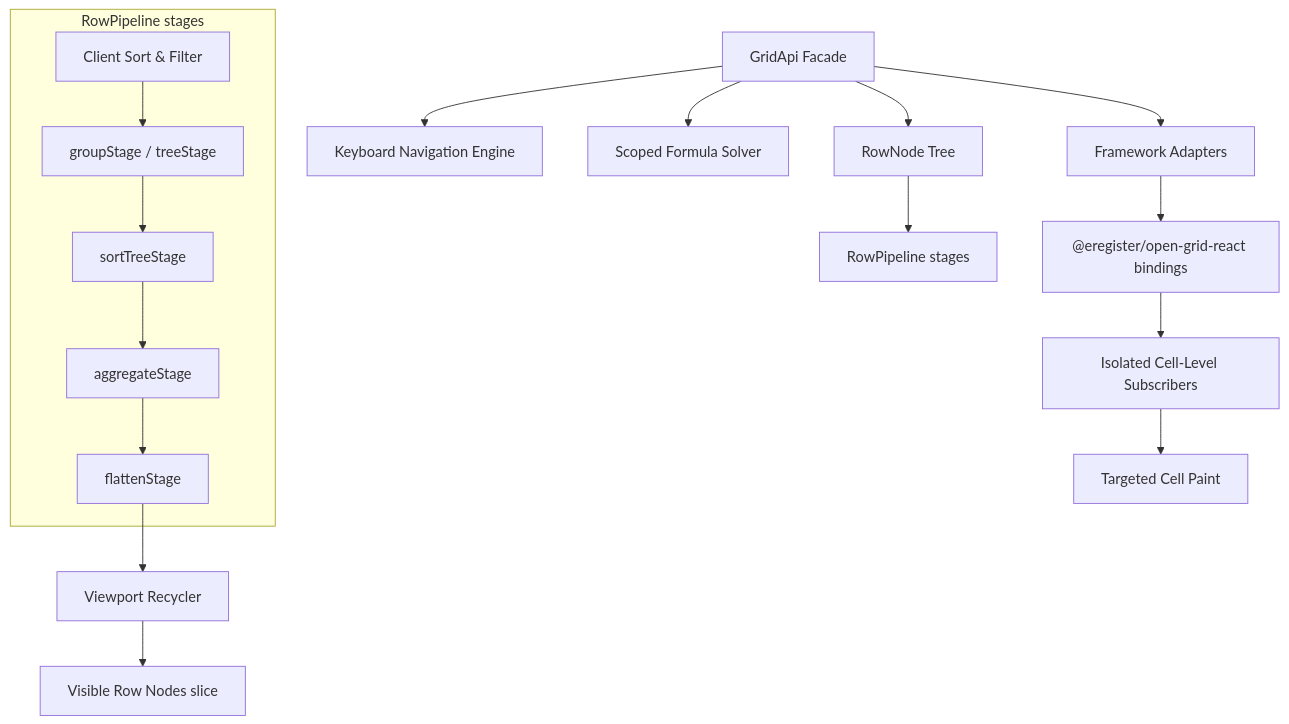
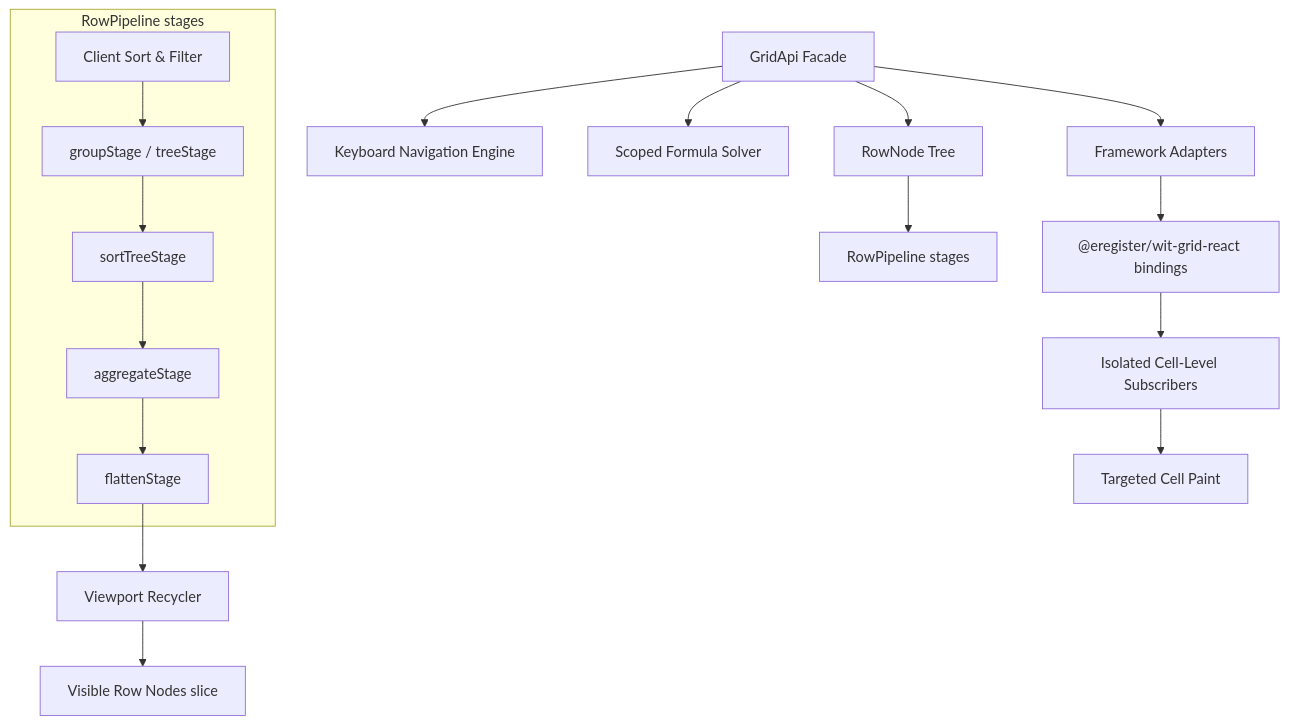
The diagram in README.md (witbybit/wit-grid), drawn with Mermaid before and after one commit. The commit also changed other lines of this file and 253 other files, not shown here.

Commit message:
package rename to wit-grid

````diff
--- a/README.md
+++ b/README.md
@@ -27,24 +27,24 @@
 ```mermaid
 graph TD
     A[GridApi Facade] --> B[RowNode Tree]
     B --> C[RowPipeline stages]
 
     subgraph RowPipelineStages ["RowPipeline stages"]
         C1["Client Sort & Filter"] --> C2["groupStage / treeStage"]
         C2 --> C3[sortTreeStage]
         C3 --> C4[aggregateStage]
         C4 --> C5[flattenStage]
     end
 
     C5 --> D[Viewport Recycler]
     D --> E[Visible Row Nodes slice]
 
     A --> F[Keyboard Navigation Engine]
     A --> G[Scoped Formula Solver]
 
     A --> H[Framework Adapters]
-    H --> I["@eregister/open-grid-react bindings"]
+    H --> I["@eregister/wit-grid-react bindings"]
 
     I --> J[Isolated Cell-Level Subscribers]
     J --> K[Targeted Cell Paint]
 ```
````
